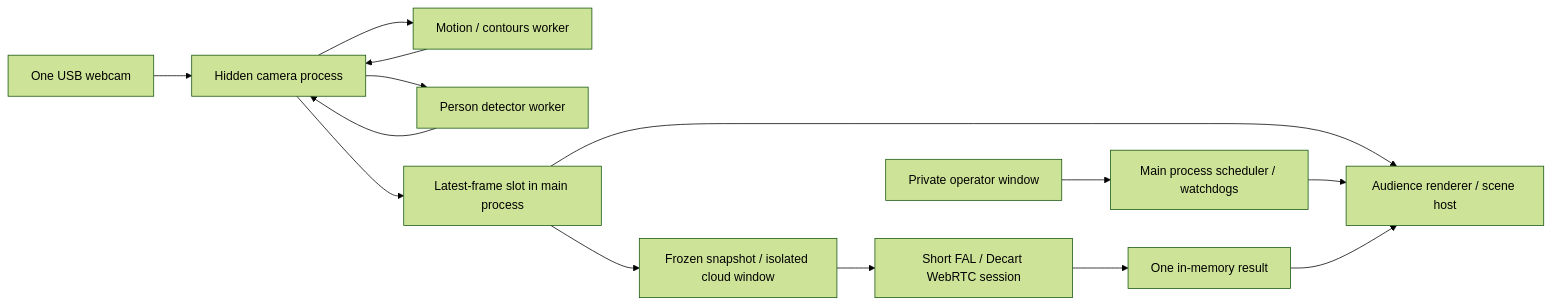
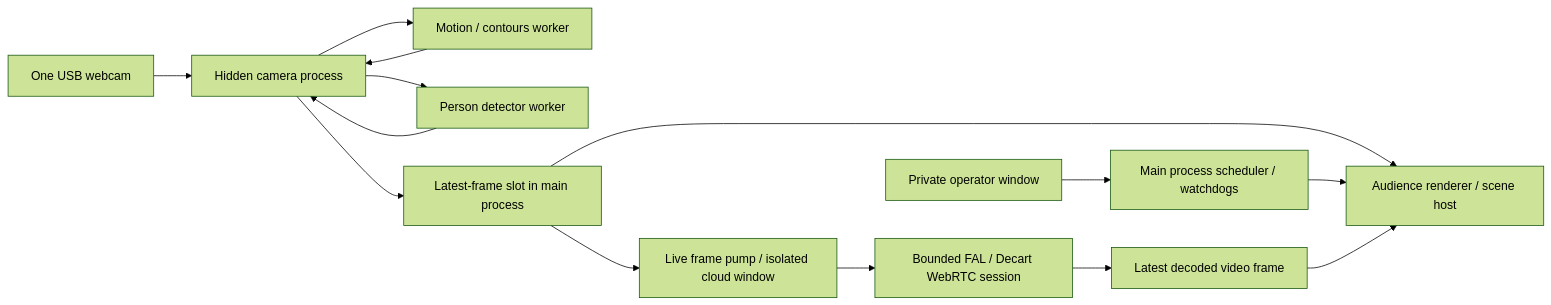
One commit to tsmithv11/reverie-projector-activation changed the diagram in docs/ARCHITECTURE.md. Above: the diagram before and after it, drawn with Mermaid (forest theme). The commit also changed other lines of this file and 27 other files, not shown here.

````diff
--- a/docs/ARCHITECTURE.md
+++ b/docs/ARCHITECTURE.md
@@ -5,16 +5,16 @@
 ```mermaid
 flowchart LR
   Webcam[One USB webcam] --> Engine[Hidden camera process]
   Engine --> Motion[Motion / contours worker]
   Engine --> Detector[Person detector worker]
   Motion --> Engine
   Detector --> Engine
   Engine --> Latest[Latest-frame slot in main process]
   Latest --> Projector[Audience renderer / scene host]
   Main[Main process scheduler / watchdogs] --> Projector
   Console[Private operator window] --> Main
-  Latest --> Snapshot[Frozen snapshot / isolated cloud window]
-  Snapshot --> Lucy[Short FAL / Decart WebRTC session]
-  Lucy --> Cache[One in-memory result]
-  Cache --> Projector
+  Latest --> Live[Live frame pump / isolated cloud window]
+  Live --> Lucy[Bounded FAL / Decart WebRTC session]
+  Lucy --> Output[Latest decoded video frame]
+  Output --> Projector
 ```
````
